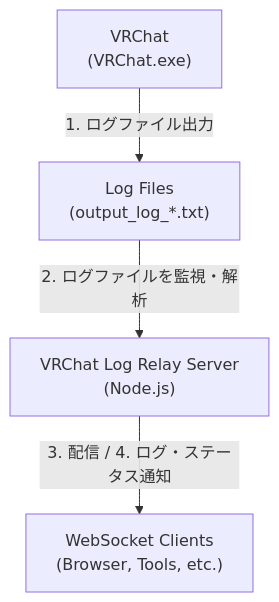
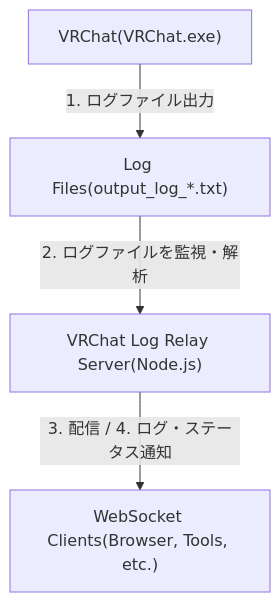
The diagram in README.md (kurotori4423/vrc-log-relay-server), drawn with Mermaid before and after one commit.

Commit message:
fix: システム構成図の表現を改善し、ノードのラベルを整形

````diff
--- a/README.md
+++ b/README.md
@@ -31,11 +31,11 @@
 ```mermaid
 graph TD
-    VRChat["VRChat<br>(VRChat.exe)"]
-    LogFiles["Log Files<br>(output_log_*.txt)"]
-    RelayServer["VRChat Log Relay Server<br>(Node.js)"]
-    Clients["WebSocket Clients<br>(Browser, Tools, etc.)"]
+    VRChat["VRChat(VRChat.exe)"]
+    LogFiles["Log Files(output_log_*.txt)"]
+    RelayServer["VRChat Log Relay Server(Node.js)"]
+    Clients["WebSocket Clients(Browser, Tools, etc.)"]
 
     VRChat-->|1. ログファイル出力|LogFiles
     LogFiles-->|2. ログファイルを監視・解析|RelayServer
     RelayServer-->|3. 配信 / 4. ログ・ステータス通知|Clients
 ```
````
